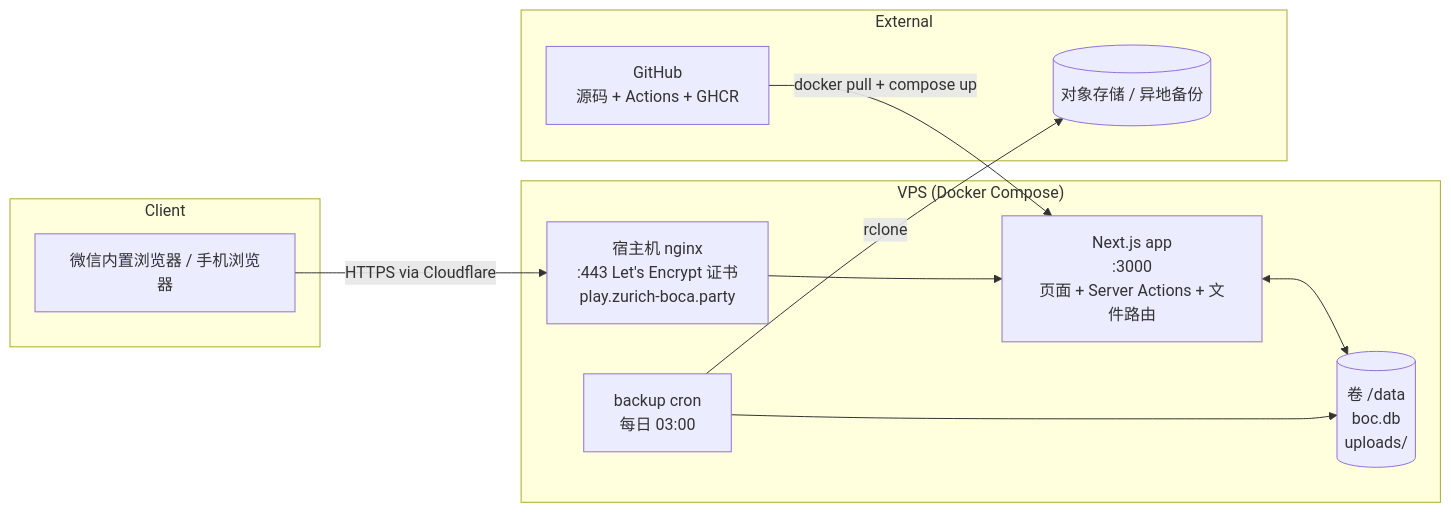
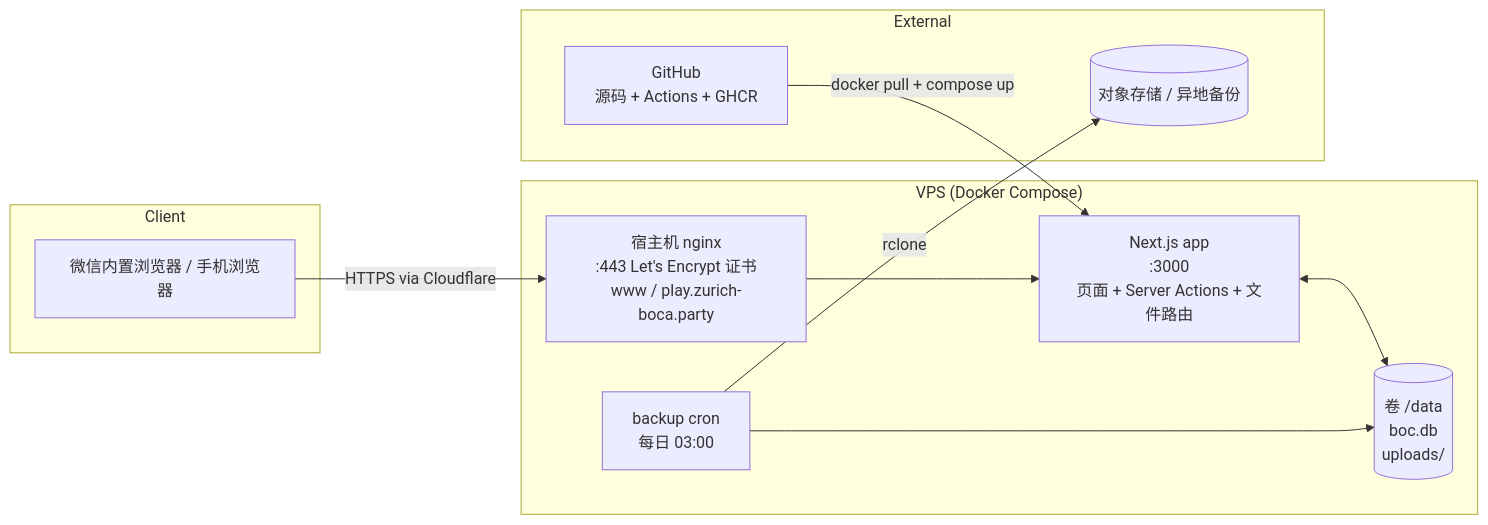
Before and after one commit to guoyumin/boc: the first of 2 diagrams in docs/architecture.md, drawn with Mermaid. The commit also changed other lines of this file and 8 other files, not shown here.

````diff
--- a/docs/architecture.md
+++ b/docs/architecture.md
@@ -111,24 +110,24 @@
 ```mermaid
 flowchart LR
     subgraph Client
         WX[微信内置浏览器 / 手机浏览器]
     end
 
     subgraph VPS["VPS (Docker Compose)"]
-        Nginx[宿主机 nginx<br/>:443 Let's Encrypt 证书<br/>play.zurich-boca.party]
+        Nginx[宿主机 nginx<br/>:443 Let's Encrypt 证书<br/>www / play.zurich-boca.party]
         App[Next.js app<br/>:3000<br/>页面 + Server Actions + 文件路由]
         Vol[(卷 /data<br/>boc.db<br/>uploads/)]
         Cron[backup cron<br/>每日 03:00]
     end
 
     subgraph External
         GH[GitHub<br/>源码 + Actions + GHCR]
         OS[(对象存储 / 异地备份)]
     end
 
     WX -- HTTPS via Cloudflare --> Nginx --> App
     App <--> Vol
     Cron --> Vol
     Cron -- rclone --> OS
     GH -- "docker pull + compose up" --> App
 ```
````
